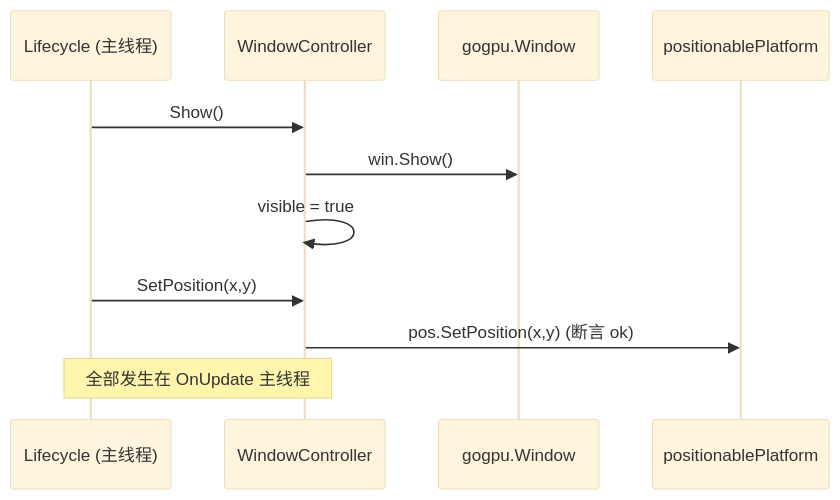
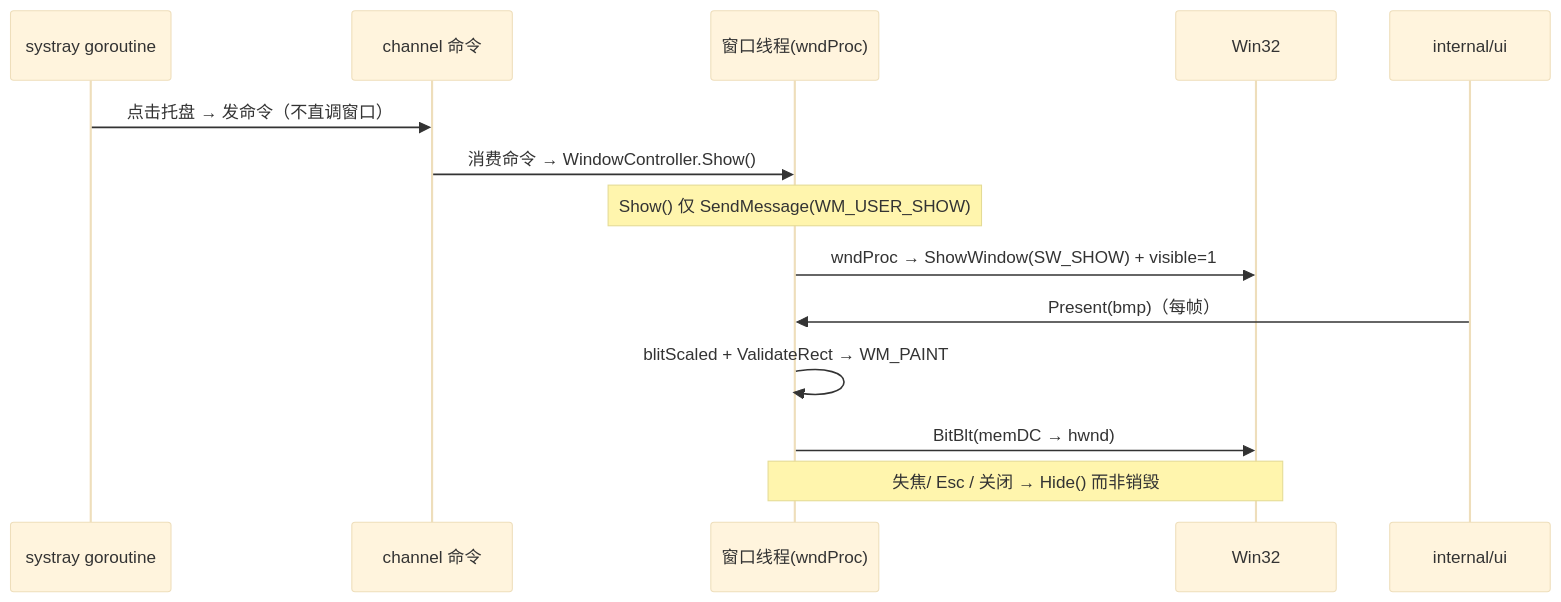
Before and after one commit to shaolei/DeskCalendar: the third of 4 diagrams in docs/10-Shell/Window.md, drawn with Mermaid (base theme). The commit also changed other lines of this file and 5 other files, not shown here.

First line of the commit message:
feat(platform/win32): Phase3 slice #9 - self-owned win32 normal popup

````diff
--- a/docs/10-Shell/Window.md
+++ b/docs/10-Shell/Window.md
@@ -125,14 +153,17 @@
 ```mermaid
 sequenceDiagram
-    participant Life as Lifecycle (主线程)
-    participant WC as WindowController
-    participant GW as gogpu.Window
-    participant POS as positionablePlatform
+    participant Tray as systray goroutine
+    participant Cmd as channel 命令
+    participant WT as 窗口线程(wndProc)
+    participant Win as Win32
 
-    Life->>WC: Show()
-    WC->>GW: win.Show()
-    WC->>WC: visible = true
-    Life->>WC: SetPosition(x,y)
-    WC->>POS: pos.SetPosition(x,y)  (断言 ok)
-    Note over Life,WC: 全部发生在 OnUpdate 主线程
+    Tray->>Cmd: 点击托盘 → 发命令（不直调窗口）
+    Cmd->>WT: 消费命令 → WindowController.Show()
+    Note over WT: Show() 仅 SendMessage(WM_USER_SHOW)
+    WT->>Win: wndProc → ShowWindow(SW_SHOW) + visible=1
+    participant UI as internal/ui
+    UI->>WT: Present(bmp)（每帧）
+    WT->>WT: blitScaled + ValidateRect → WM_PAINT
+    WT->>Win: BitBlt(memDC → hwnd)
+    Note over WT,Win: 失焦/ Esc / 关闭 → Hide() 而非销毁
 ```
````
